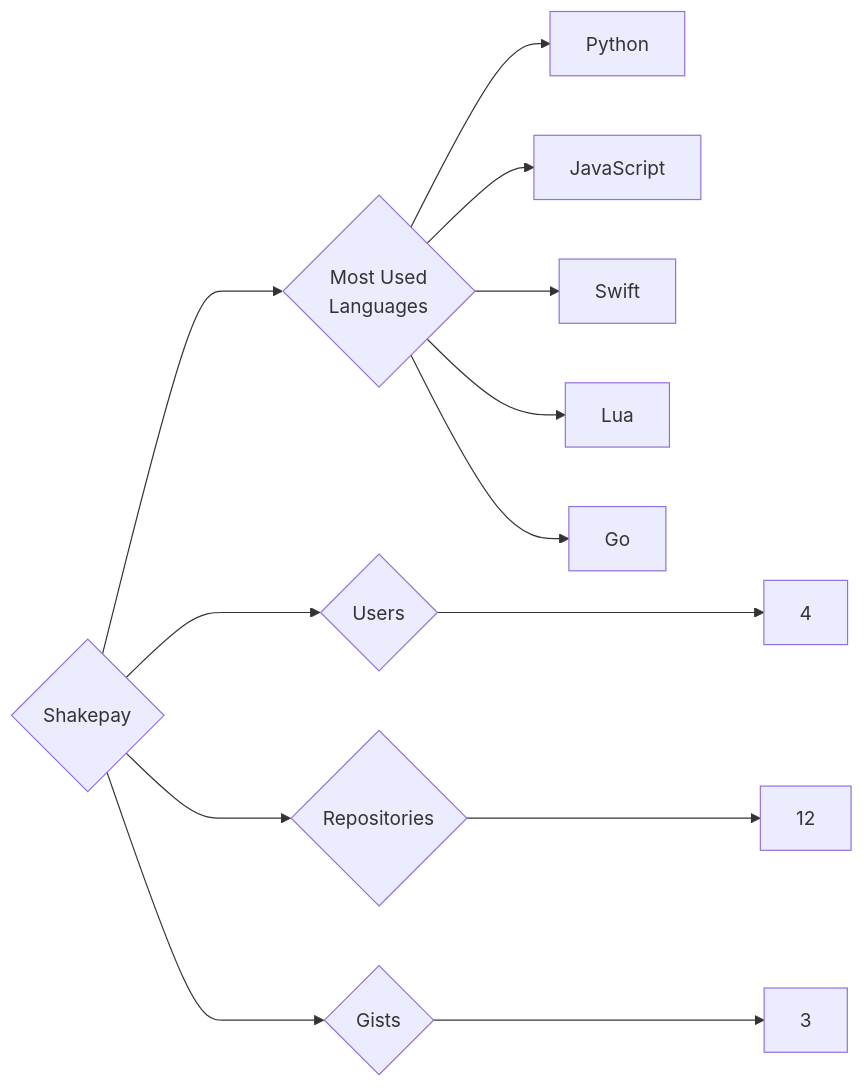
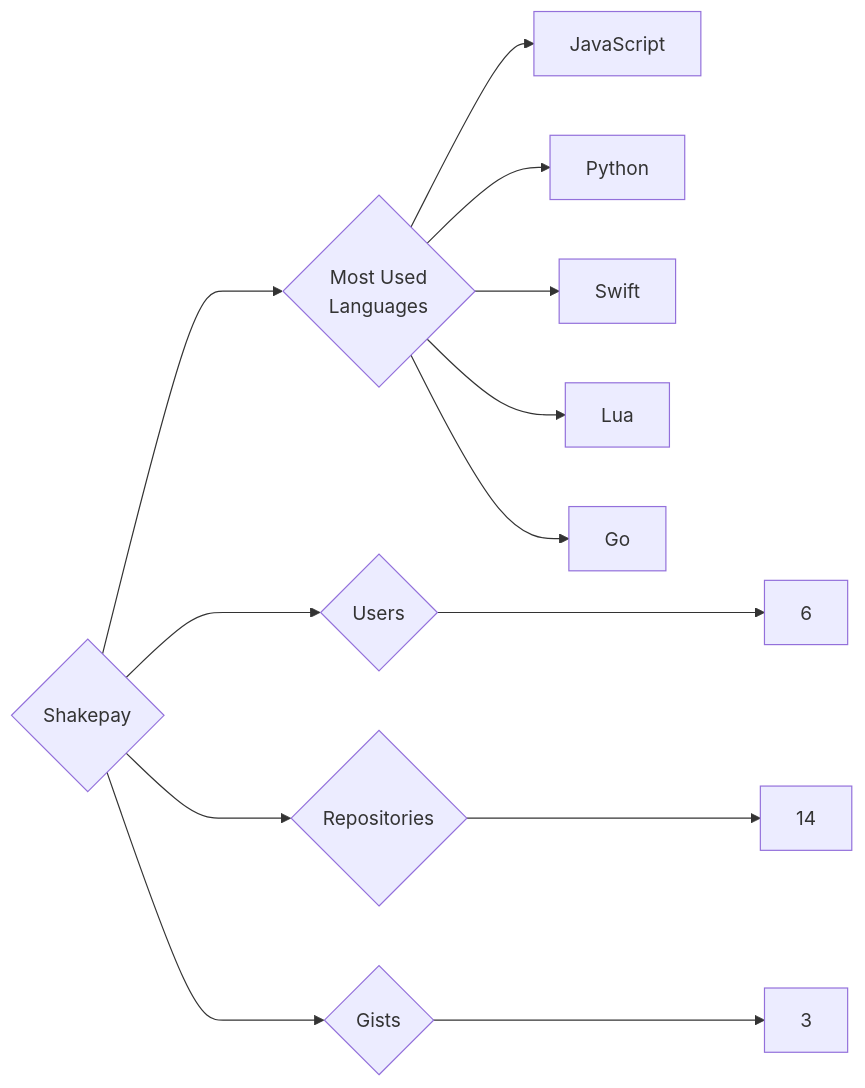
One commit to trickest/insiders changed the diagram in targets/Shakepay/README.md. Above: the diagram before and after it, drawn with Mermaid. The commit also changed 835 other files, not shown here.

````diff
--- a/targets/Shakepay/README.md
+++ b/targets/Shakepay/README.md
@@ -3,13 +3,13 @@
 ```mermaid
 graph LR
 COMPANY_NAME{Shakepay}
-COMPANY_NAME ---> U{Users} ---> UN[4]
-COMPANY_NAME ---> R{Repositories} ---> RN[12]
+COMPANY_NAME ---> U{Users} ---> UN[6]
+COMPANY_NAME ---> R{Repositories} ---> RN[14]
 COMPANY_NAME ---> G{Gists} ---> GN[3]
 COMPANY_NAME ---> ML{Most Used<br>Languages}
+ML --> JavaScript[JavaScript]
 ML --> Python[Python]
-ML --> JavaScript[JavaScript]
 ML --> Swift[Swift]
 ML --> Lua[Lua]
 ML --> Go[Go]
 ```
````
